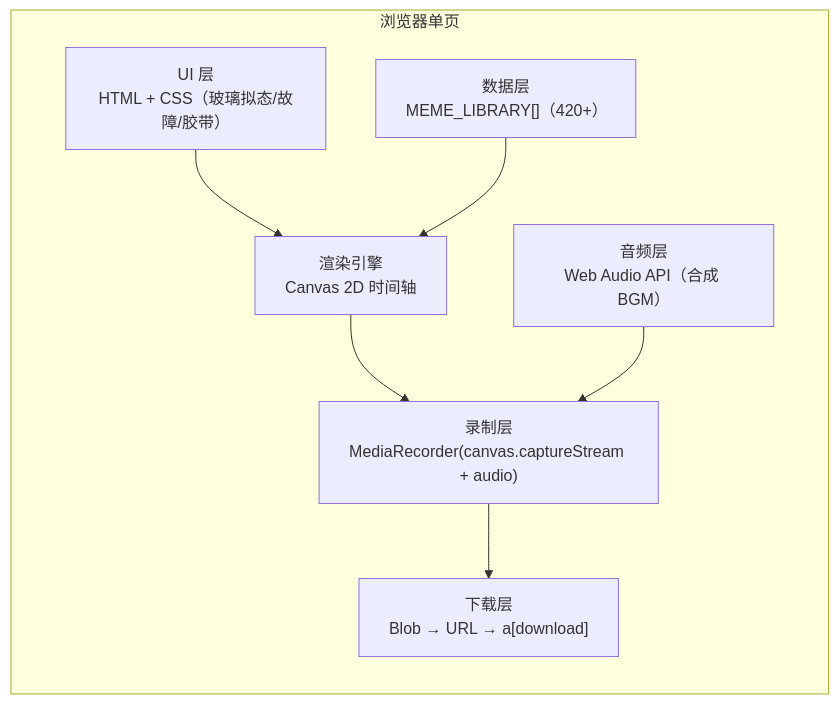
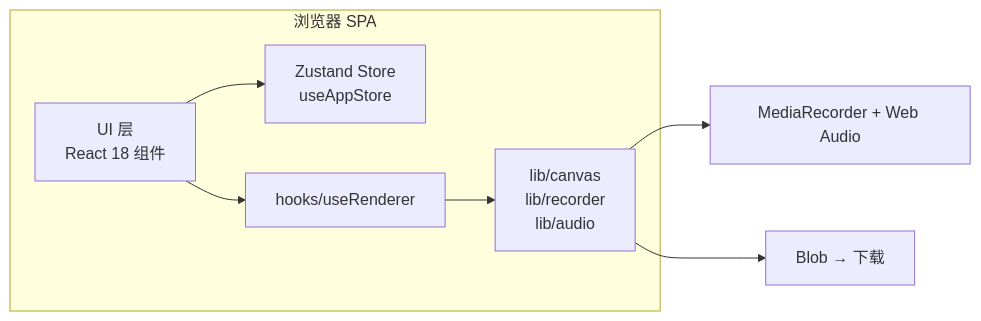
Before and after one commit to woshiabc55/AE: the first of 2 diagrams in .trae/documents/TechnicalArchitecture.md, drawn with Mermaid. The commit also changed other lines of this file and 29 other files, not shown here.

````diff
--- a/.trae/documents/TechnicalArchitecture.md
+++ b/.trae/documents/TechnicalArchitecture.md
@@ -6,16 +6,14 @@
 ```mermaid
 flowchart LR
-    subgraph Browser["浏览器单页"]
-        UI["UI 层<br/>HTML + CSS（玻璃拟态/故障/胶带）"]
-        Data["数据层<br/>MEME_LIBRARY[]（420+）"]
-        Engine["渲染引擎<br/>Canvas 2D 时间轴"]
-        Audio["音频层<br/>Web Audio API（合成 BGM）"]
-        Recorder["录制层<br/>MediaRecorder(canvas.captureStream + audio)"]
-        Download["下载层<br/>Blob → URL → a[download]"]
+    subgraph Browser["浏览器 SPA"]
+        UI["UI 层<br/>React 18 组件"]
+        Store["Zustand Store<br/>useAppStore"]
+        Lib["lib/canvas<br/>lib/recorder<br/>lib/audio"]
+        Hooks["hooks/useRenderer"]
     end
-    UI --> Engine
-    Data --> Engine
-    Engine --> Recorder
-    Audio --> Recorder
-    Recorder --> Download
+    UI --> Store
+    UI --> Hooks
+    Hooks --> Lib
+    Lib --> MediaRecorder[MediaRecorder + Web Audio]
+    Lib --> Download[Blob → 下载]
 ```
````
